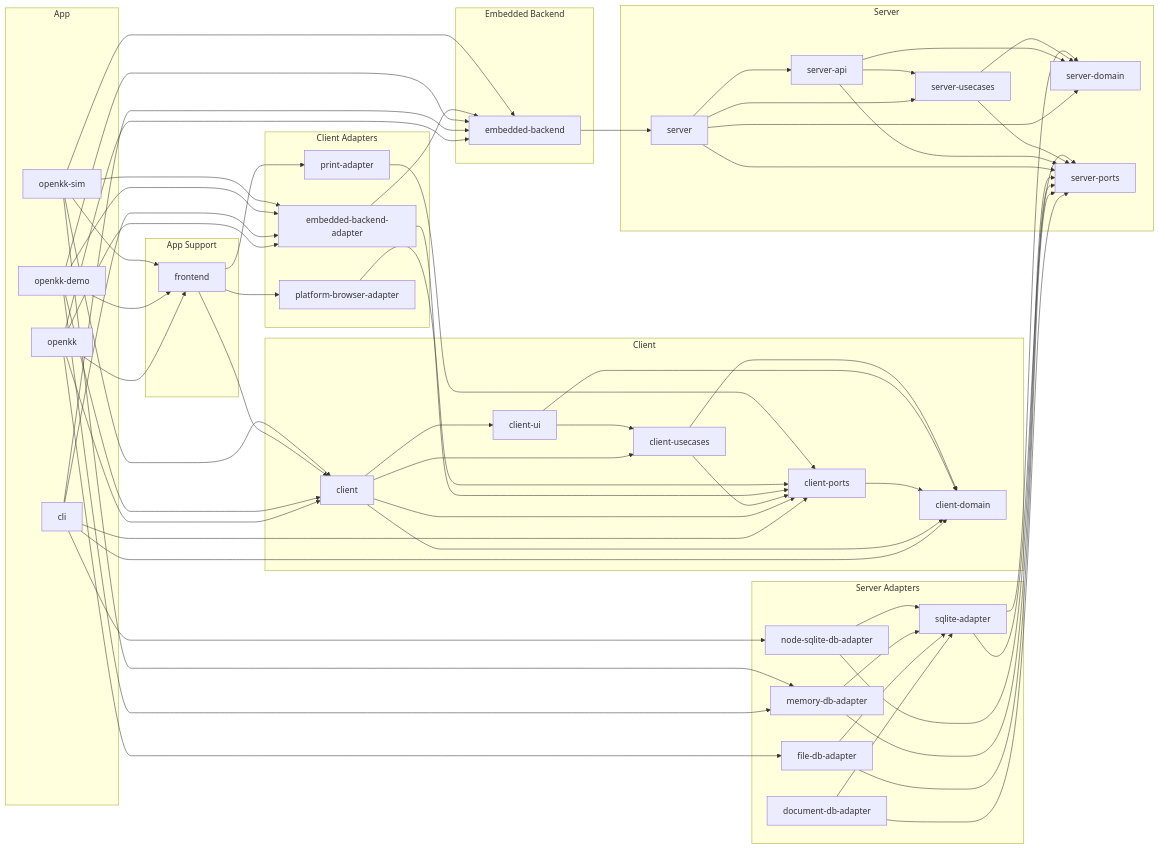
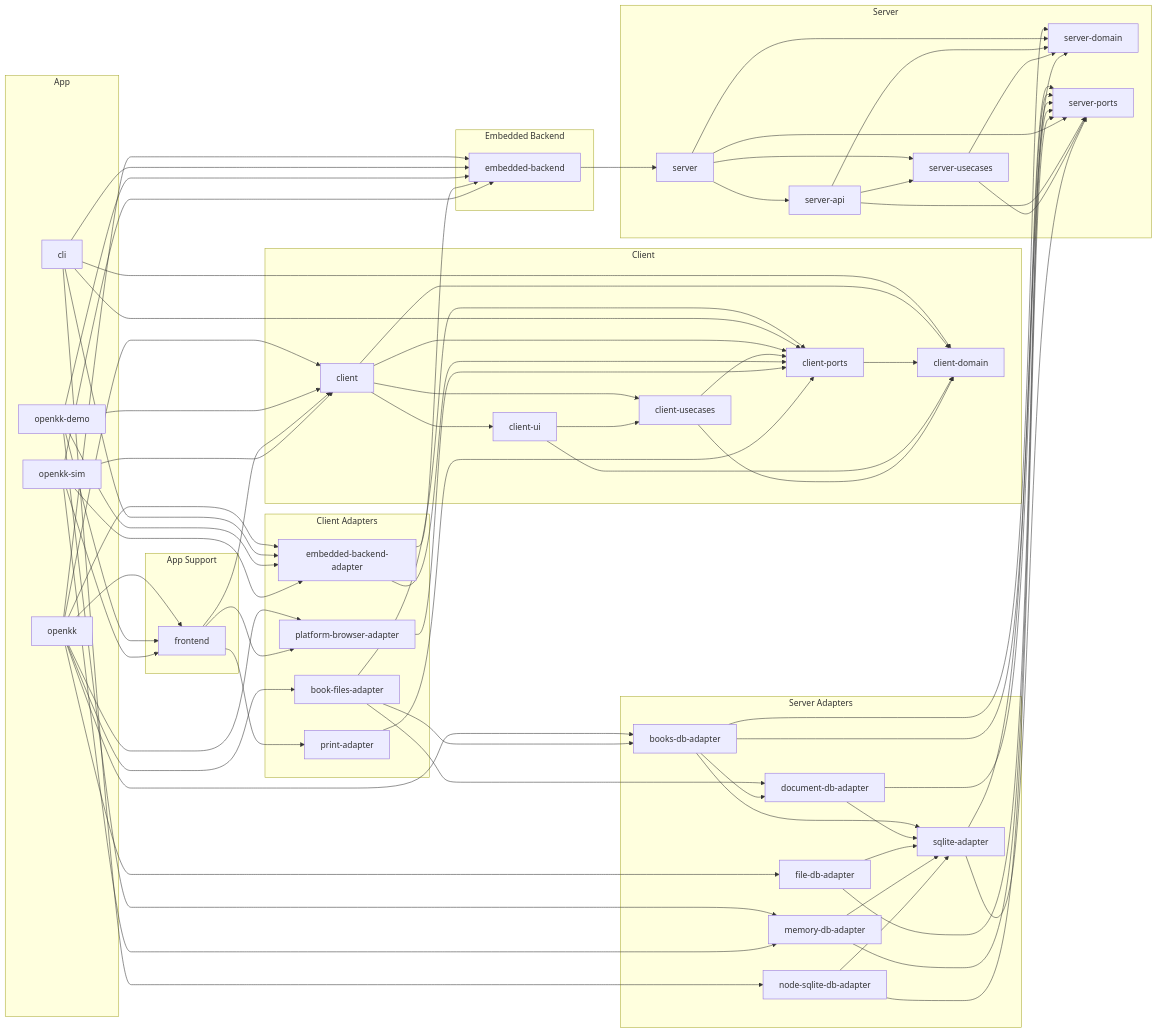
One commit to rubydogjp/openkk changed the diagram in docs/dependency-graph.md. Above: the diagram before and after it, drawn with Mermaid. The commit also changed other lines of this file and 99 other files, not shown here.

```diff
--- a/docs/dependency-graph.md
+++ b/docs/dependency-graph.md
@@ -22,6 +22,7 @@
   end
 
   subgraph client_adapters["Client Adapters"]
+    rubydogjp_openkk_book_files_adapter["book-files-adapter"]
     rubydogjp_openkk_embedded_backend_adapter["embedded-backend-adapter"]
     rubydogjp_openkk_platform_browser_adapter["platform-browser-adapter"]
     rubydogjp_openkk_print_adapter["print-adapter"]
@@ -40,6 +41,7 @@
   end
 
   subgraph server_adapters["Server Adapters"]
+    rubydogjp_openkk_books_db_adapter["books-db-adapter"]
     rubydogjp_openkk_document_db_adapter["document-db-adapter"]
     rubydogjp_openkk_file_db_adapter["file-db-adapter"]
     rubydogjp_openkk_memory_db_adapter["memory-db-adapter"]
@@ -55,11 +57,21 @@
     rubydogjp_openkk_server_usecases["server-usecases"]
   end
 
+  rubydogjp_openkk --> rubydogjp_openkk_book_files_adapter
+  rubydogjp_openkk --> rubydogjp_openkk_books_db_adapter
   rubydogjp_openkk --> rubydogjp_openkk_client
   rubydogjp_openkk --> rubydogjp_openkk_embedded_backend
   rubydogjp_openkk --> rubydogjp_openkk_embedded_backend_adapter
   rubydogjp_openkk --> rubydogjp_openkk_file_db_adapter
   rubydogjp_openkk --> rubydogjp_openkk_frontend
+  rubydogjp_openkk --> rubydogjp_openkk_platform_browser_adapter
+  rubydogjp_openkk_book_files_adapter --> rubydogjp_openkk_books_db_adapter
+  rubydogjp_openkk_book_files_adapter --> rubydogjp_openkk_client_ports
+  rubydogjp_openkk_book_files_adapter --> rubydogjp_openkk_document_db_adapter
+  rubydogjp_openkk_books_db_adapter --> rubydogjp_openkk_document_db_adapter
+  rubydogjp_openkk_books_db_adapter --> rubydogjp_openkk_server_domain
+  rubydogjp_openkk_books_db_adapter --> rubydogjp_openkk_server_ports
+  rubydogjp_openkk_books_db_adapter --> rubydogjp_openkk_sqlite_adapter
   rubydogjp_openkk_cli --> rubydogjp_openkk_client_domain
   rubydogjp_openkk_cli --> rubydogjp_openkk_client_ports
   rubydogjp_openkk_cli --> rubydogjp_openkk_embedded_backend
```
